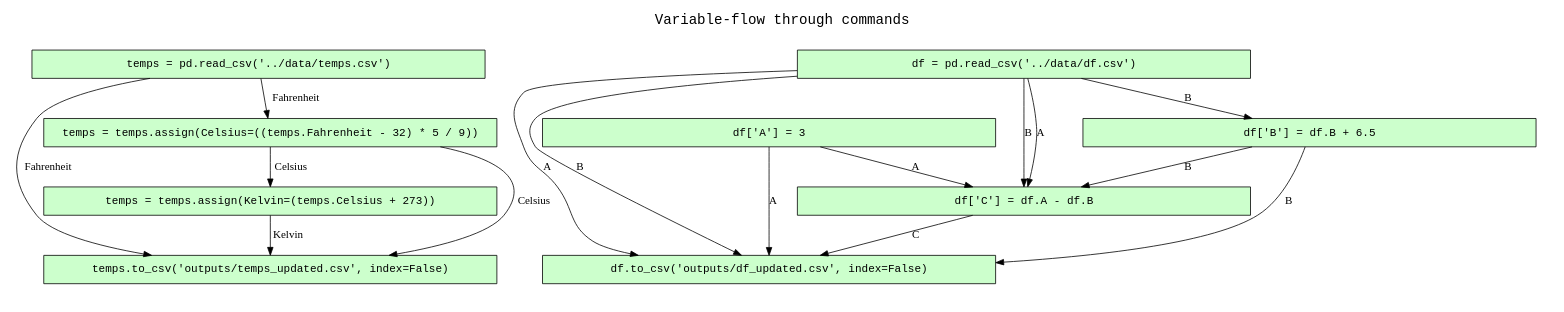
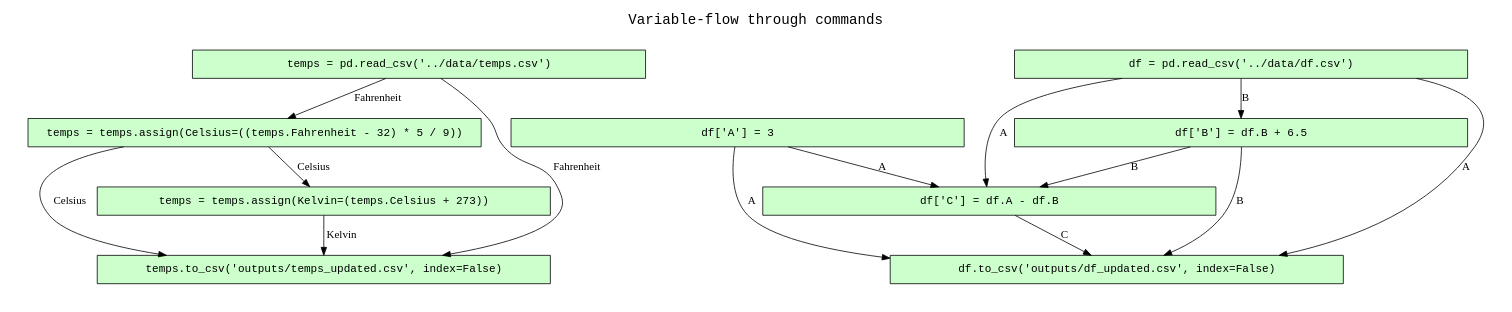
Before and after one commit to CIRSS/geist: the diagram in examples/07-sdtl-provone-inference/04-sdtl-enhanced-queries/outputs/GRAPH-2.gv, drawn with Graphviz. The commit also changed 4 other files, not shown here.

```diff
--- a/examples/07-sdtl-provone-inference/04-sdtl-enhanced-queries/outputs/GRAPH-2.gv
+++ b/examples/07-sdtl-provone-inference/04-sdtl-enhanced-queries/outputs/GRAPH-2.gv
@@ -1,43 +1,41 @@
 digraph sdtl_program {
 rankdir=TB
 
 fontname=Courier; fontsize=18; labelloc=t
 label="Variable-flow through commands"
 
 subgraph cluster_program_graph { label=""; color=white; penwidth=0
 subgraph cluster_program_graph_inner { label=""; color=white
 
 # command nodes
 node[shape=box style="filled" fillcolor="#CCFFCC" peripheries=1 fontname=Courier]
 node[width=8]
 
 "http://wholetale.org/program/1119/load/1" [label="df = pd.read_csv('../data/df.csv')"]
 "http://wholetale.org/program/1119/compute/1" [label="df['A'] = 3"]
 "http://wholetale.org/program/1119/compute/2" [label="df['B'] = df.B + 6.5"]
 "http://wholetale.org/program/1119/compute/3" [label="df['C'] = df.A - df.B"]
 "http://wholetale.org/program/1119/load/2" [label="temps = pd.read_csv('../data/temps.csv')"]
 "http://wholetale.org/program/1119/compute/4" [label="temps = temps.assign(Celsius=((temps.Fahrenheit - 32) * 5 / 9))"]
 "http://wholetale.org/program/1119/compute/5" [label="temps = temps.assign(Kelvin=(temps.Celsius + 273))"]
 "http://wholetale.org/program/1119/save/1" [label="df.to_csv('outputs/df_updated.csv', index=False)"]
 "http://wholetale.org/program/1119/save/2" [label="temps.to_csv('outputs/temps_updated.csv', index=False)"]
 
 # variable write->read edges
 "http://wholetale.org/program/1119/compute/1" -> "http://wholetale.org/program/1119/compute/3" [label="A"]
 "http://wholetale.org/program/1119/load/1" -> "http://wholetale.org/program/1119/compute/3" [label="A"]
 "http://wholetale.org/program/1119/compute/1" -> "http://wholetale.org/program/1119/save/1" [label="A"]
 "http://wholetale.org/program/1119/load/1" -> "http://wholetale.org/program/1119/save/1" [label="A"]
 "http://wholetale.org/program/1119/load/1" -> "http://wholetale.org/program/1119/compute/2" [label="B"]
 "http://wholetale.org/program/1119/compute/2" -> "http://wholetale.org/program/1119/compute/3" [label="B"]
-"http://wholetale.org/program/1119/load/1" -> "http://wholetale.org/program/1119/compute/3" [label="B"]
 "http://wholetale.org/program/1119/compute/2" -> "http://wholetale.org/program/1119/save/1" [label="B"]
-"http://wholetale.org/program/1119/load/1" -> "http://wholetale.org/program/1119/save/1" [label="B"]
 "http://wholetale.org/program/1119/compute/3" -> "http://wholetale.org/program/1119/save/1" [label="C"]
 "http://wholetale.org/program/1119/compute/4" -> "http://wholetale.org/program/1119/compute/5" [label="Celsius"]
 "http://wholetale.org/program/1119/compute/4" -> "http://wholetale.org/program/1119/save/2" [label="Celsius"]
 "http://wholetale.org/program/1119/load/2" -> "http://wholetale.org/program/1119/compute/4" [label="Fahrenheit"]
 "http://wholetale.org/program/1119/load/2" -> "http://wholetale.org/program/1119/save/2" [label="Fahrenheit"]
 "http://wholetale.org/program/1119/compute/5" -> "http://wholetale.org/program/1119/save/2" [label="Kelvin"]
 
 }}
 
 }
```
